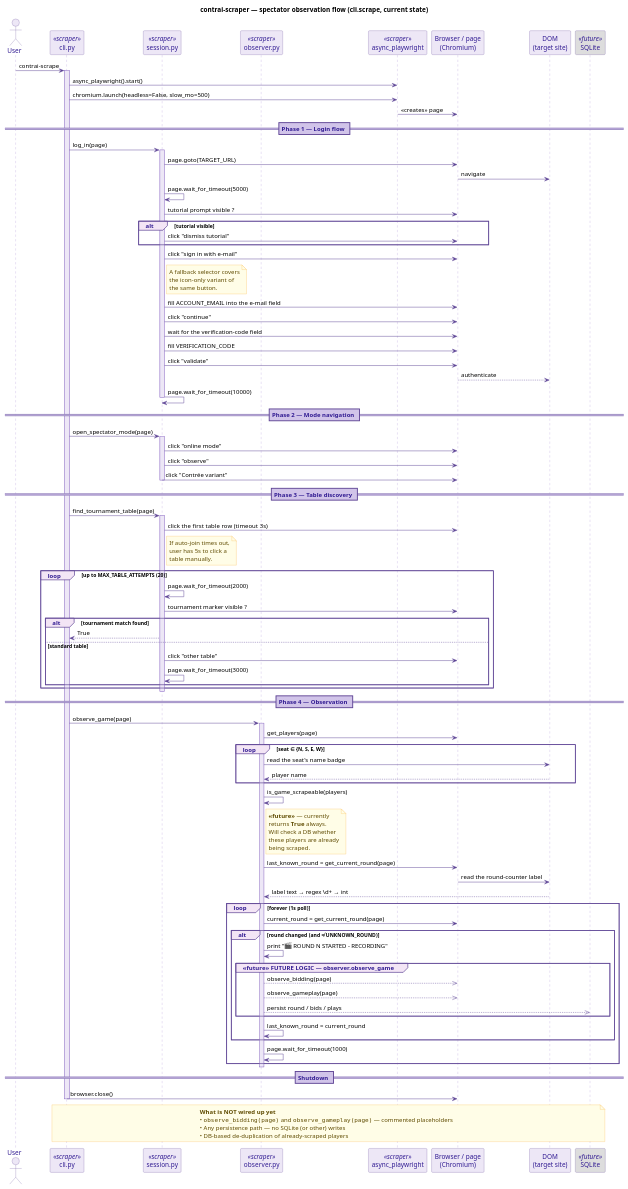
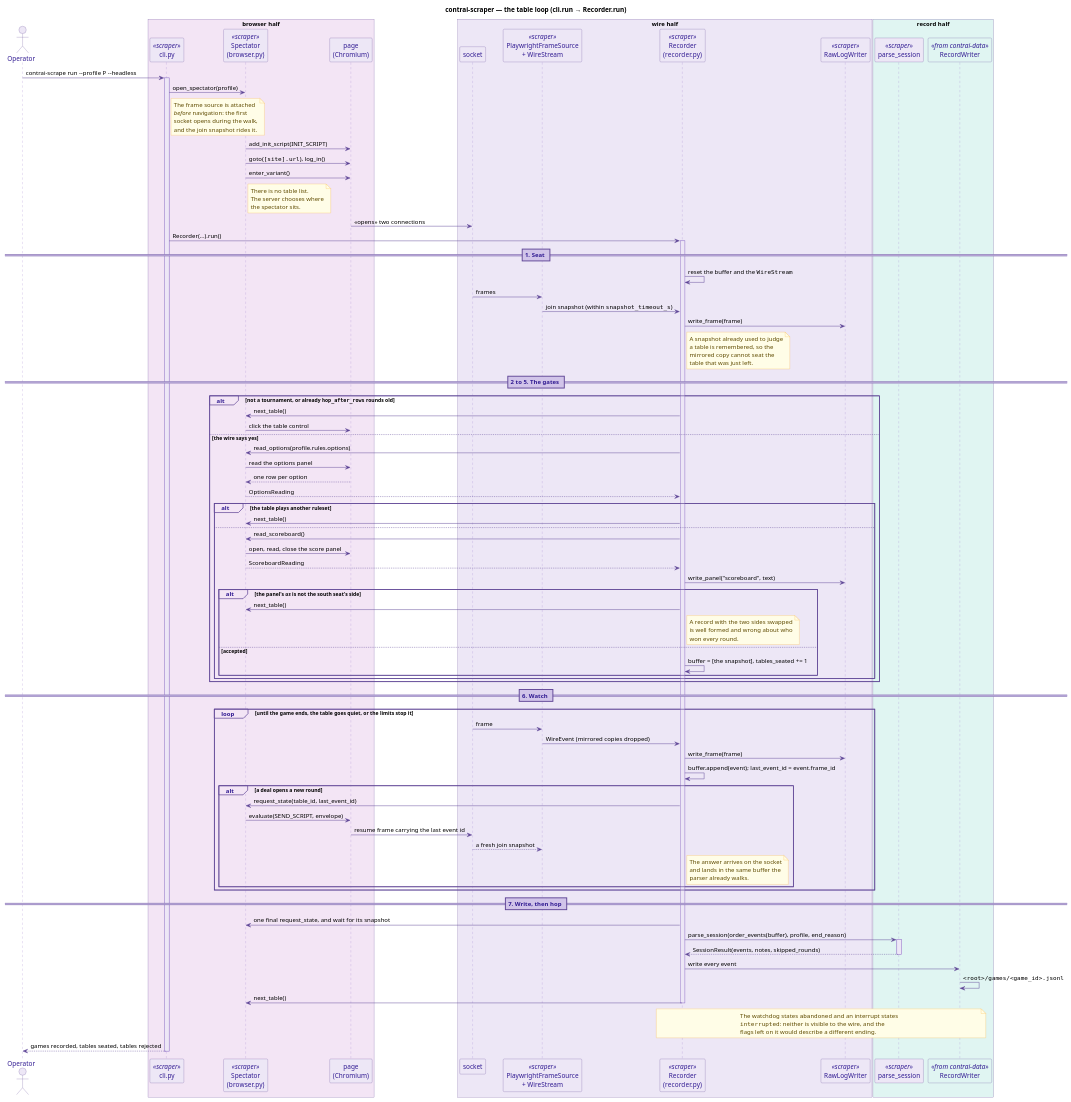
The diagram in docs/diagrams/seq_scraper.puml (valmathieu/ContrAI), drawn with PlantUML before and after one commit. The commit also changed 4 other files, not shown here.

Commit message:
docs(scraper): describe the recorder loop

```diff
--- a/docs/diagrams/seq_scraper.puml
+++ b/docs/diagrams/seq_scraper.puml
@@ -1,163 +1,159 @@
 @startuml seq_scraper
-title contrai-scraper — spectator observation flow (cli.scrape, current state)
+title contrai-scraper — the table loop (cli.run → Recorder.run)
 
-' --- Palette: scraper purple, with grey "future" components ---
+' --- Palette: scraper purple, with contrai-data teal for the record end ---
 skinparam shadowing false
 skinparam sequence {
     ArrowColor #5E4495
     LifeLineBorderColor #9B7FCC
     LifeLineBackgroundColor #EDE7F6
     ParticipantBorderColor #5E4495
     ParticipantBackgroundColor #EDE7F6
     ParticipantFontColor #311B92
     ActorBorderColor #5E4495
     ActorBackgroundColor #EDE7F6
     ActorFontColor #311B92
     GroupBorderColor #5E4495
     GroupBackgroundColor #F3E5F5
     GroupHeaderFontColor #311B92
     BoxBorderColor #5E4495
     BoxBackgroundColor #F3E5F5
     DividerBorderColor #5E4495
     DividerBackgroundColor #D1C4E9
     DividerFontColor #311B92
 }
 skinparam note {
     BackgroundColor #FFFDE7
     BorderColor #F9A825
     FontColor #5F4B00
 }
 
-actor "User" as U
-participant "cli.py" as C <<scraper>>
-participant "session.py" as SE <<scraper>>
-participant "observer.py" as O <<scraper>>
-participant "async_playwright" as P <<scraper>>
-participant "Browser / page\n(Chromium)" as B
-participant "DOM\n(target site)" as D
-participant "SQLite" as S <<future>> #DDDDDD
+actor "Operator" as U
 
-U -> C : contrai-scrape
+box "browser half" #F3E5F5
+    participant "cli.py" as C <<scraper>>
+    participant "Spectator\n(browser.py)" as SP <<scraper>>
+    participant "page\n(Chromium)" as PG
+end box
+
+box "wire half" #EDE7F6
+    participant "socket" as SK
+    participant "PlaywrightFrameSource\n+ WireStream" as FS <<scraper>>
+    participant "Recorder\n(recorder.py)" as R <<scraper>>
+    participant "RawLogWriter" as RL <<scraper>>
+end box
+
+box "record half" #E0F5F2
+    participant "parse_session" as PS <<scraper>> #EDE7F6
+    participant "RecordWriter" as RW <<from contrai-data>> #E0F5F2
+end box
+
+' The two flags are escaped: a paired ""--"" in Creole prose is strikethrough.
+U -> C : contrai-scrape run ~--profile P ~--headless
 activate C
 
-C -> P : async_playwright().start()
-C -> P : chromium.launch(headless=False, slow_mo=500)
-P -> B : <<creates>> page
+C -> SP : open_spectator(profile)
+note right of C
+  The frame source is attached
+  //before// navigation: the first
+  socket opens during the walk,
+  and the join snapshot rides it.
+end note
+SP -> PG : add_init_script(INIT_SCRIPT)
+SP -> PG : goto(""[site].url""), log_in()
+SP -> PG : enter_variant()
+note right of SP
+  There is no table list.
+  The server chooses where
+  the spectator sits.
+end note
+PG -> SK : <<opens>> two connections
 
-== Phase 1 — Login flow ==
+C -> R : Recorder(...).run()
+activate R
 
-C -> SE : log_in(page)
-activate SE
+== 1. Seat ==
 
-SE -> B : page.goto(TARGET_URL)
-B -> D : navigate
-SE -> SE : page.wait_for_timeout(5000)
-SE -> B : tutorial prompt visible ?
-alt tutorial visible
-    SE -> B : click "dismiss tutorial"
+R -> R : reset the buffer and the ""WireStream""
+SK -> FS : frames
+FS -> R : join snapshot (within ""snapshot_timeout_s"")
+R -> RL : write_frame(frame)
+note right of R
+  A snapshot already used to judge
+  a table is remembered, so the
+  mirrored copy cannot seat the
+  table that was just left.
+end note
+
+== 2 to 5. The gates ==
+
+alt not a tournament, or already ""hop_after_rows"" rounds old
+    R -> SP : next_table()
+    SP -> PG : click the table control
+else the wire says yes
+    R -> SP : read_options(profile.rules.options)
+    SP -> PG : read the options panel
+    PG --> SP : one row per option
+    SP --> R : OptionsReading
+    alt the table plays another ruleset
+        R -> SP : next_table()
+    else
+        R -> SP : read_scoreboard()
+        SP -> PG : open, read, close the score panel
+        SP --> R : ScoreboardReading
+        R -> RL : write_panel("scoreboard", text)
+        alt the panel's //us// is not the south seat's side
+            R -> SP : next_table()
+            note right of R
+              A record with the two sides swapped
+              is well formed and wrong about who
+              won every round.
+            end note
+        else accepted
+            R -> R : buffer = [the snapshot], tables_seated += 1
+        end
+    end
 end
 
-SE -> B : click "sign in with e-mail"
-note right of SE
-  A fallback selector covers
-  the icon-only variant of
-  the same button.
-end note
-SE -> B : fill ACCOUNT_EMAIL into the e-mail field
-SE -> B : click "continue"
-SE -> B : wait for the verification-code field
-SE -> B : fill VERIFICATION_CODE
-SE -> B : click "validate"
-B --> D : authenticate
-SE -> SE : page.wait_for_timeout(10000)
-deactivate SE
+== 6. Watch ==
 
-== Phase 2 — Mode navigation ==
+loop until the game ends, the table goes quiet, or the limits stop it
+    SK -> FS : frame
+    FS -> R : WireEvent (mirrored copies dropped)
+    R -> RL : write_frame(frame)
+    R -> R : buffer.append(event); last_event_id = event.frame_id
 
-C -> SE : open_spectator_mode(page)
-activate SE
-SE -> B : click "online mode"
-SE -> B : click "observe"
-SE -> B : click "Contrée variant"
-deactivate SE
+    alt a deal opens a new round
+        R -> SP : request_state(table_id, last_event_id)
+        SP -> PG : evaluate(SEND_SCRIPT, envelope)
+        PG -> SK : resume frame carrying the last event id
+        SK --> FS : a fresh join snapshot
+        note right of R
+          The answer arrives on the socket
+          and lands in the same buffer the
+          parser already walks.
+        end note
+    end
+end
 
-== Phase 3 — Table discovery ==
+== 7. Write, then hop ==
 
-C -> SE : find_tournament_table(page)
-activate SE
-SE -> B : click the first table row  (timeout 3s)
-note right of SE
-  If auto-join times out,
-  user has 5s to click a
-  table manually.
+R -> SP : one final request_state, and wait for its snapshot
+R -> PS : parse_session(order_events(buffer), profile, end_reason)
+activate PS
+PS --> R : SessionResult(events, notes, skipped_rounds)
+deactivate PS
+R -> RW : write every event
+RW -> RW : ""<root>/games/<game_id>.jsonl""
+R -> SP : next_table()
+note over R, RW
+  The watchdog states ""abandoned"" and an interrupt states
+  ""interrupted"": neither is visible to the wire, and the
+  flags left on it would describe a different ending.
 end note
 
-loop up to MAX_TABLE_ATTEMPTS (20)
-    SE -> SE : page.wait_for_timeout(2000)
-    SE -> B : tournament marker visible ?
-    alt tournament match found
-        SE --> C : True
-    else standard table
-        SE -> B : click "other table"
-        SE -> SE : page.wait_for_timeout(3000)
-    end
-end
-deactivate SE
-
-== Phase 4 — Observation ==
-
-C -> O : observe_game(page)
-activate O
-
-O -> B : get_players(page)
-loop seat ∈ {N, S, E, W}
-    O -> D : read the seat's name badge
-    D --> O : player name
-end
-
-O -> O : is_game_scrapeable(players)
-note right of O
-  **<<future>>** — currently
-  returns **True** always.
-  Will check a DB whether
-  these players are already
-  being scraped.
-end note
-
-O -> B : last_known_round = get_current_round(page)
-B -> D : read the round-counter label
-D --> O : label text → regex \d+ → int
-
-loop forever (1s poll)
-    O -> B : current_round = get_current_round(page)
-    alt round changed (and ≠ UNKNOWN_ROUND)
-        O -> O : print "🎬 ROUND N STARTED - RECORDING"
-
-        ' --- FUTURE LOGIC block inside observer.observe_game ---
-        group <<future>> FUTURE LOGIC — observer.observe_game
-            O -->> B : observe_bidding(page)
-            O -->> B : observe_gameplay(page)
-            O -->> S : persist round / bids / plays
-        end
-
-        O -> O : last_known_round = current_round
-    end
-    O -> O : page.wait_for_timeout(1000)
-end
-deactivate O
-
-== Shutdown ==
-
-' The observation loop never returns today, so this branch is only
-' reached when no tournament table was found in Phase 3.
-C -> B : browser.close()
+deactivate R
+C --> U : games recorded, tables seated, tables rejected
 deactivate C
 
-note over C, S
-  **What is NOT wired up yet**
-  • ""observe_bidding(page)"" and ""observe_gameplay(page)"" — commented placeholders
-  • Any persistence path — no SQLite (or other) writes
-  • DB-based de-duplication of already-scraped players
-end note
-
 @enduml
```
